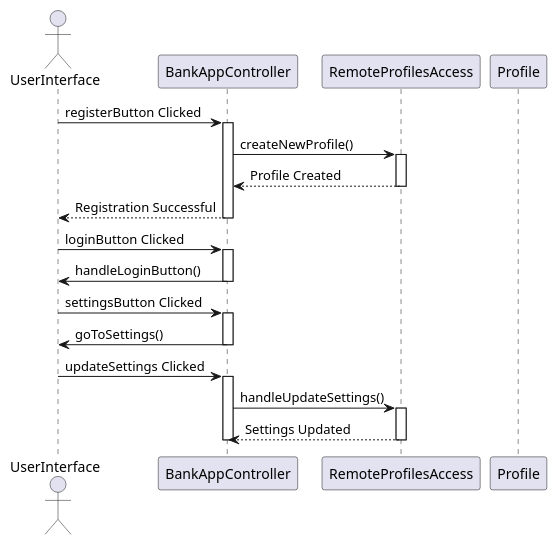
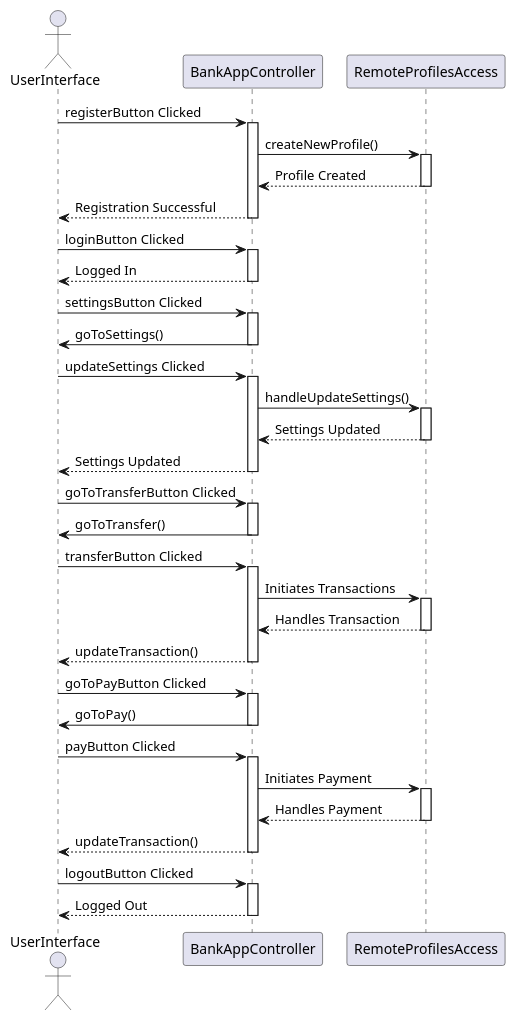
The diagram in docs/Release 3/sekvensdiagram.puml (klein2303/bankapp), drawn with PlantUML before and after one commit. The commit also changed 1 other file, not shown here.

Commit message:
lagd ferdig sekvesndiagrammet som viser noen av hovedfunksjonene til appen

```diff
--- a/docs/Release 3/sekvensdiagram.puml
+++ b/docs/Release 3/sekvensdiagram.puml
@@ -1,36 +1,69 @@
 @startuml
 
 actor UserInterface
 participant BankAppController
 participant RemoteProfilesAccess
-participant Profile
 
 UserInterface -> BankAppController: registerButton Clicked
 activate BankAppController
 BankAppController -> RemoteProfilesAccess: createNewProfile()
 activate RemoteProfilesAccess
 RemoteProfilesAccess --> BankAppController: Profile Created
 deactivate RemoteProfilesAccess
 BankAppController --> UserInterface: Registration Successful
 deactivate BankAppController
 
 UserInterface -> BankAppController: loginButton Clicked
 activate BankAppController
-BankAppController -> UserInterface: handleLoginButton()
+BankAppController --> UserInterface: Logged In
 deactivate BankAppController
+
 
 UserInterface -> BankAppController: settingsButton Clicked
 activate BankAppController
 BankAppController -> UserInterface: goToSettings()
 deactivate BankAppController
 
 UserInterface -> BankAppController: updateSettings Clicked
 activate BankAppController
 BankAppController -> RemoteProfilesAccess: handleUpdateSettings()
 activate RemoteProfilesAccess
 RemoteProfilesAccess --> BankAppController: Settings Updated
 deactivate RemoteProfilesAccess
+BankAppController --> UserInterface: Settings Updated
 deactivate BankAppController
 
+UserInterface -> BankAppController: goToTransferButton Clicked
+activate BankAppController
+BankAppController -> UserInterface: goToTransfer()
+deactivate BankAppController
+
+UserInterface -> BankAppController: transferButton Clicked
+activate BankAppController
+BankAppController -> RemoteProfilesAccess: Initiates Transactions
+activate RemoteProfilesAccess
+RemoteProfilesAccess --> BankAppController: Handles Transaction
+deactivate RemoteProfilesAccess
+BankAppController -->  UserInterface: updateTransaction()
+deactivate BankAppController
+
+UserInterface -> BankAppController: goToPayButton Clicked
+activate BankAppController
+BankAppController -> UserInterface: goToPay() 
+deactivate BankAppController
+
+UserInterface -> BankAppController: payButton Clicked
+activate BankAppController
+BankAppController -> RemoteProfilesAccess: Initiates Payment
+activate RemoteProfilesAccess
+RemoteProfilesAccess --> BankAppController: Handles Payment
+deactivate RemoteProfilesAccess
+BankAppController -->  UserInterface: updateTransaction()
+deactivate BankAppController
+
+UserInterface -> BankAppController: logoutButton Clicked
+activate BankAppController
+BankAppController --> UserInterface: Logged Out
+deactivate BankAppController
 
 @enduml
```
